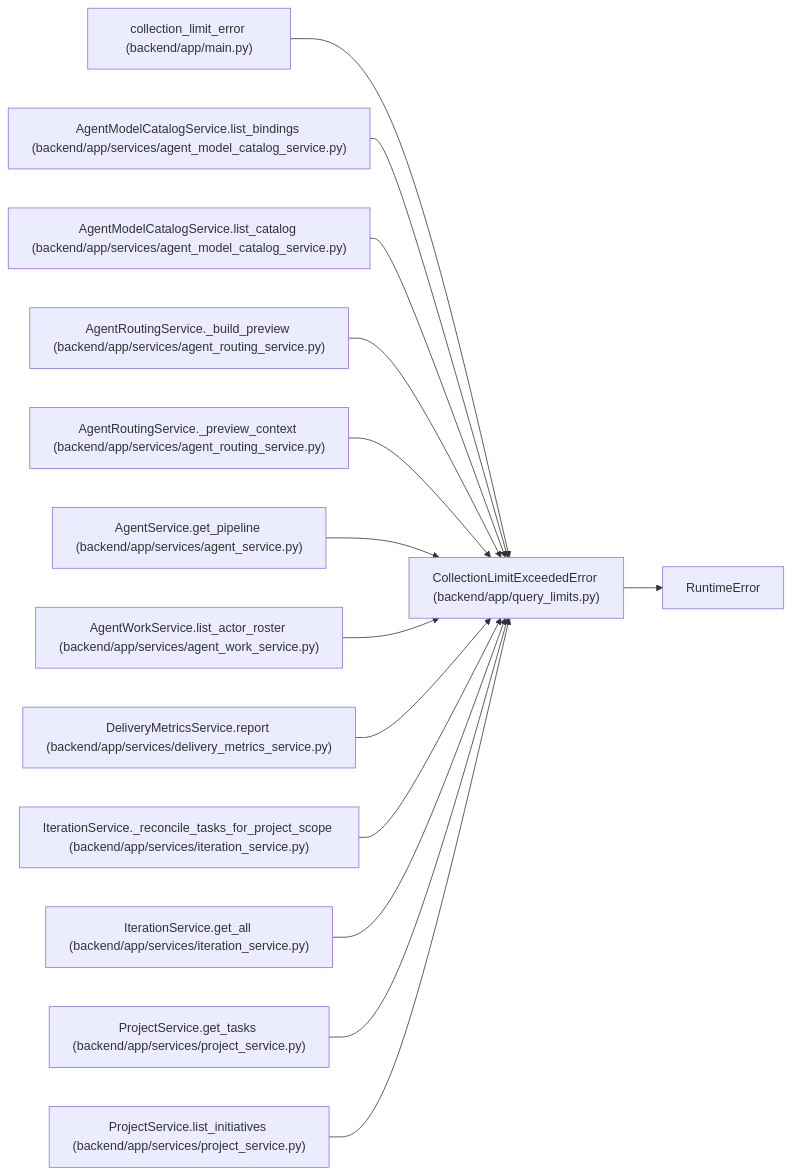
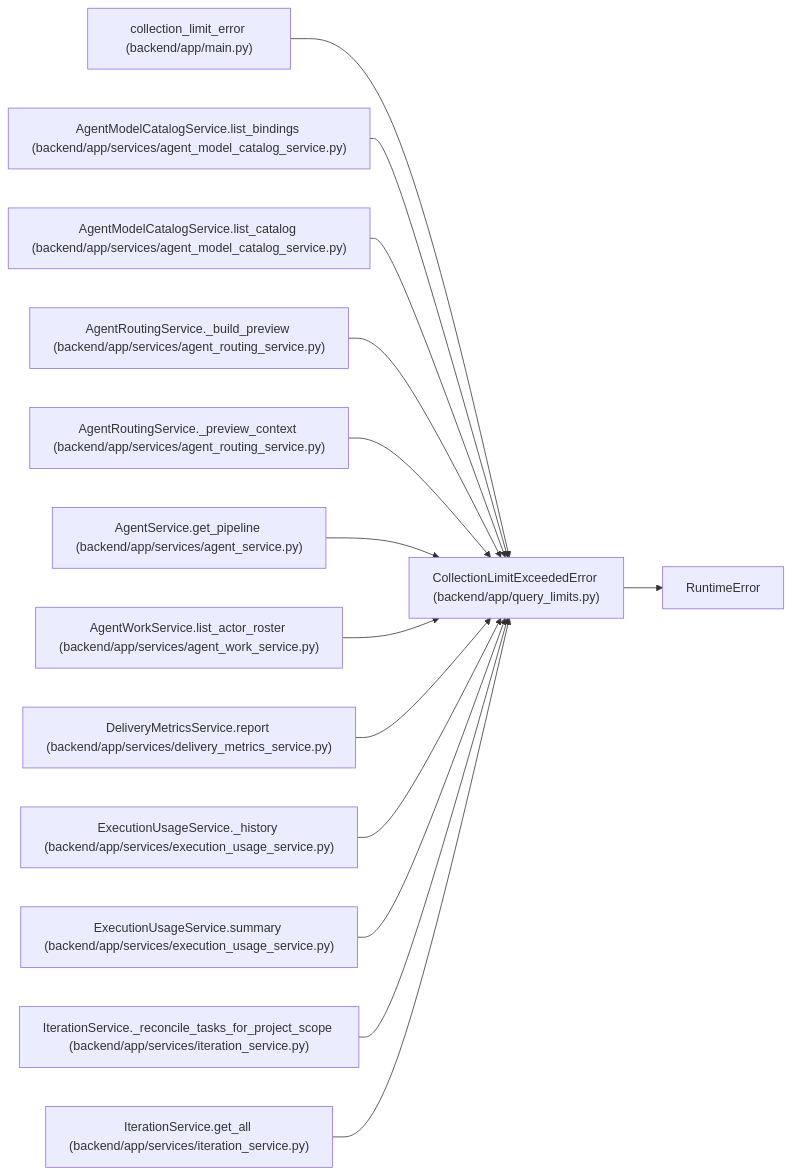
Before and after one commit to Denissvgn/WorkChord: the diagram in docs/llm_wiki/entities/CollectionLimitExceededError.md, drawn with Mermaid. The commit also changed other lines of this file and 623 other files, not shown here.

Commit message:
docs(wiki): synchronize execution usage and pricing evidence

````diff
--- a/docs/llm_wiki/entities/CollectionLimitExceededError.md
+++ b/docs/llm_wiki/entities/CollectionLimitExceededError.md
@@ -26,43 +26,43 @@
 ```mermaid
 flowchart LR
     n0["CollectionLimitExceededError (backend/app/query_limits.py)"]
     n1["RuntimeError"]
     n2["collection_limit_error (backend/app/main.py)"]
     n3["AgentModelCatalogService.list_bindings (backend/app/services/agent_model_catalog_service.py)"]
     n4["AgentModelCatalogService.list_catalog (backend/app/services/agent_model_catalog_service.py)"]
     n5["AgentRoutingService._build_preview (backend/app/services/agent_routing_service.py)"]
     n6["AgentRoutingService._preview_context (backend/app/services/agent_routing_service.py)"]
     n7["AgentService.get_pipeline (backend/app/services/agent_service.py)"]
     n8["AgentWorkService.list_actor_roster (backend/app/services/agent_work_service.py)"]
     n9["DeliveryMetricsService.report (backend/app/services/delivery_metrics_service.py)"]
-    n10["IterationService._reconcile_tasks_for_project_scope (backend/app/services/iteration_service.py)"]
-    n11["IterationService.get_all (backend/app/services/iteration_service.py)"]
-    n12["ProjectService.get_tasks (backend/app/services/project_service.py)"]
-    n13["ProjectService.list_initiatives (backend/app/services/project_service.py)"]
+    n10["ExecutionUsageService._history (backend/app/services/execution_usage_service.py)"]
+    n11["ExecutionUsageService.summary (backend/app/services/execution_usage_service.py)"]
+    n12["IterationService._reconcile_tasks_for_project_scope (backend/app/services/iteration_service.py)"]
+    n13["IterationService.get_all (backend/app/services/iteration_service.py)"]
     n0 --> n1
     n2 --> n0
     n3 --> n0
     n4 --> n0
     n5 --> n0
     n6 --> n0
     n7 --> n0
     n8 --> n0
     n9 --> n0
     n10 --> n0
     n11 --> n0
     n12 --> n0
     n13 --> n0
     click n0 "../modules/query_limits.md"
     click n2 "../modules/app_main.md"
     click n3 "../modules/agent_model_catalog_service.md"
     click n4 "../modules/agent_model_catalog_service.md"
     click n5 "../modules/agent_routing_service.md"
     click n6 "../modules/agent_routing_service.md"
     click n7 "../modules/agent_service.md"
     click n8 "../modules/agent_work_service.md"
     click n9 "../modules/delivery_metrics_service.md"
-    click n10 "../modules/iteration_service.md"
-    click n11 "../modules/iteration_service.md"
-    click n12 "../modules/project_service.md"
-    click n13 "../modules/project_service.md"
+    click n10 "../modules/execution_usage_service.md"
+    click n11 "../modules/execution_usage_service.md"
+    click n12 "../modules/iteration_service.md"
+    click n13 "../modules/iteration_service.md"
 ```
````
